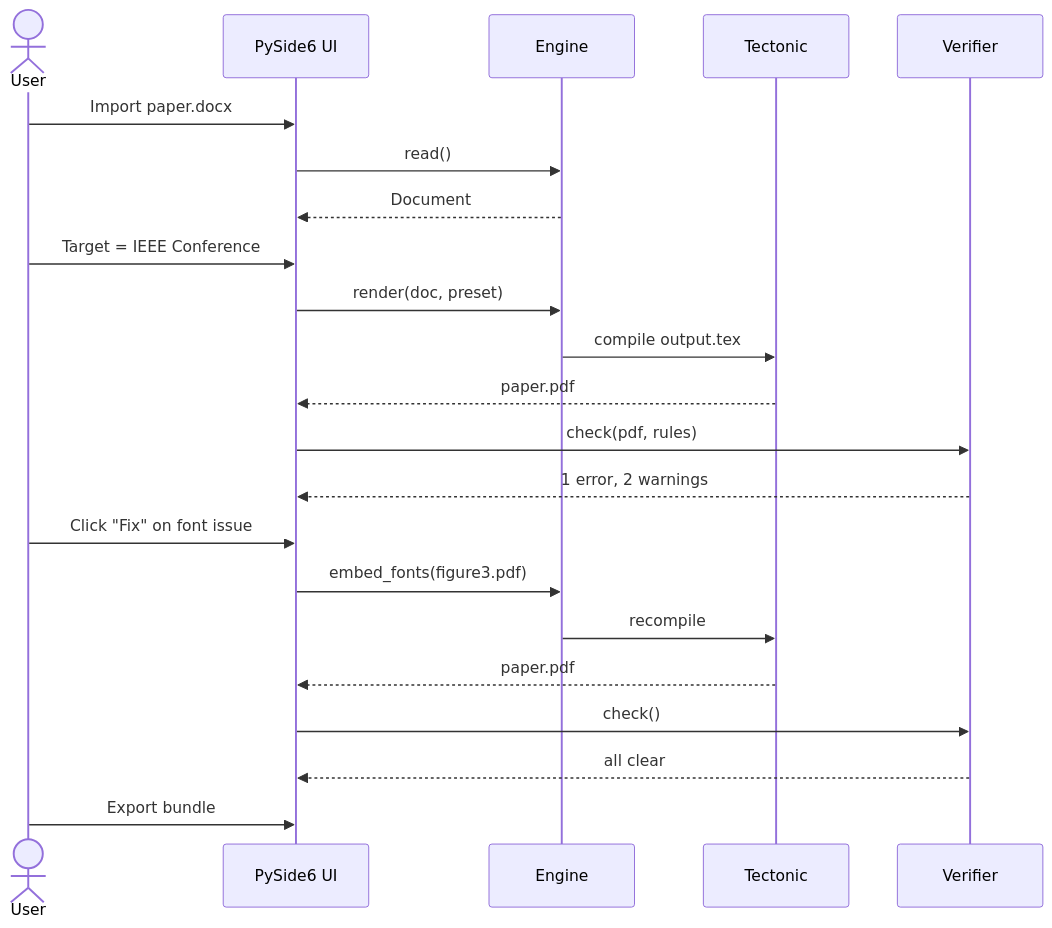
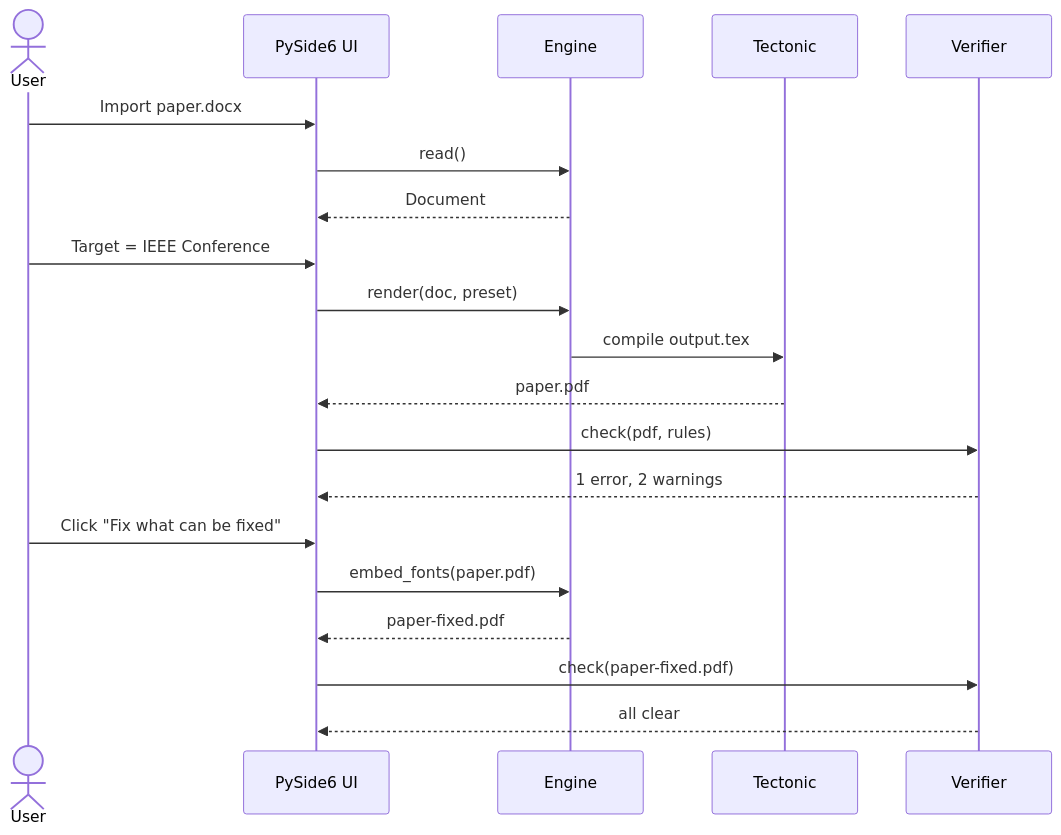
Before and after one commit to Krushna-007/prarup: the fourth of 4 diagrams in docs/02-architecture.md, drawn with Mermaid. The commit also changed other lines of this file and 11 other files, not shown here.

````diff
--- a/docs/02-architecture.md
+++ b/docs/02-architecture.md
@@ -143,25 +144,23 @@
 ```mermaid
 sequenceDiagram
     actor U as User
     participant UI as PySide6 UI
     participant E as Engine
     participant T as Tectonic
     participant V as Verifier
 
     U->>UI: Import paper.docx
     UI->>E: read()
     E-->>UI: Document
     U->>UI: Target = IEEE Conference
     UI->>E: render(doc, preset)
     E->>T: compile output.tex
     T-->>UI: paper.pdf
     UI->>V: check(pdf, rules)
     V-->>UI: 1 error, 2 warnings
-    U->>UI: Click "Fix" on font issue
-    UI->>E: embed_fonts(figure3.pdf)
-    E->>T: recompile
-    T-->>UI: paper.pdf
-    UI->>V: check()
+    U->>UI: Click "Fix what can be fixed"
+    UI->>E: embed_fonts(paper.pdf)
+    E-->>UI: paper-fixed.pdf
+    UI->>V: check(paper-fixed.pdf)
     V-->>UI: all clear
-    U->>UI: Export bundle
 ```
````
